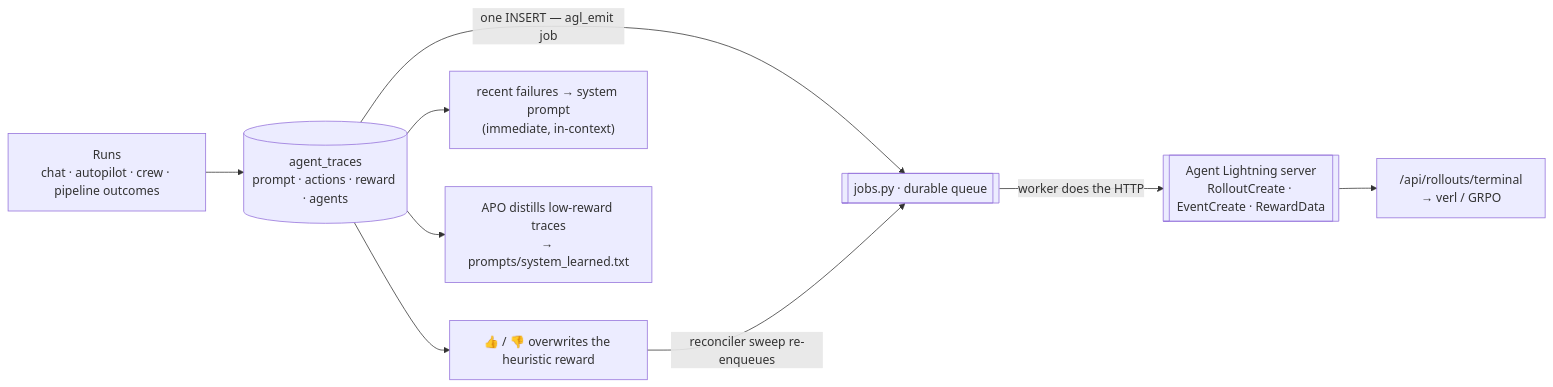
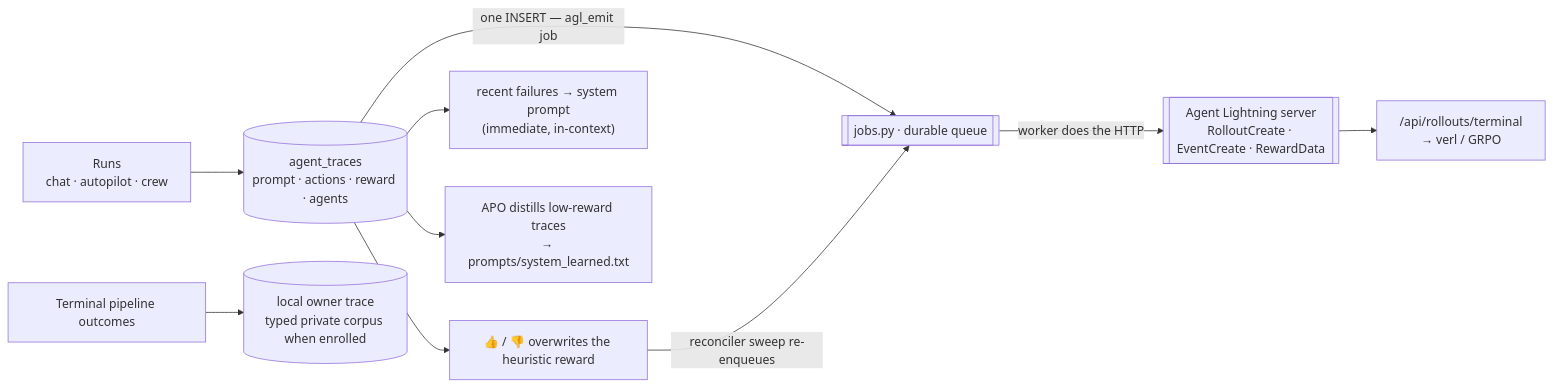
The eighth of 13 diagrams in README.md (rohitkarumanchi745/studio), drawn with Mermaid before and after one commit. The commit also changed other lines of this file and 1 other file, not shown here.

Commit message:
Document private whole-policy learning boundary

````diff
--- a/README.md
+++ b/README.md
@@ -1208,11 +1270,12 @@
 ```mermaid
 flowchart LR
-    run["Runs<br/>chat · autopilot · crew · pipeline outcomes"] --> roll[("agent_traces<br/>prompt · actions · reward · agents")]
+    run["Runs<br/>chat · autopilot · crew"] --> roll[("agent_traces<br/>prompt · actions · reward · agents")]
+    pipe["Terminal pipeline outcomes"] --> local[("local owner trace<br/>typed private corpus when enrolled")]
     roll --> fb["👍 / 👎 overwrites the heuristic reward"]
     roll --> fail["recent failures → system prompt<br/>(immediate, in-context)"]
     roll --> apo["APO distills low-reward traces<br/>→ prompts/system_learned.txt"]
     roll -->|"one INSERT — agl_emit job"| q[["jobs.py · durable queue"]]
     q -->|"worker does the HTTP"| agl[["Agent Lightning server<br/>RolloutCreate · EventCreate · RewardData"]]
     fb -->|"reconciler sweep re-enqueues"| q
     agl --> verl["/api/rollouts/terminal<br/>→ verl / GRPO"]
 ```
````
